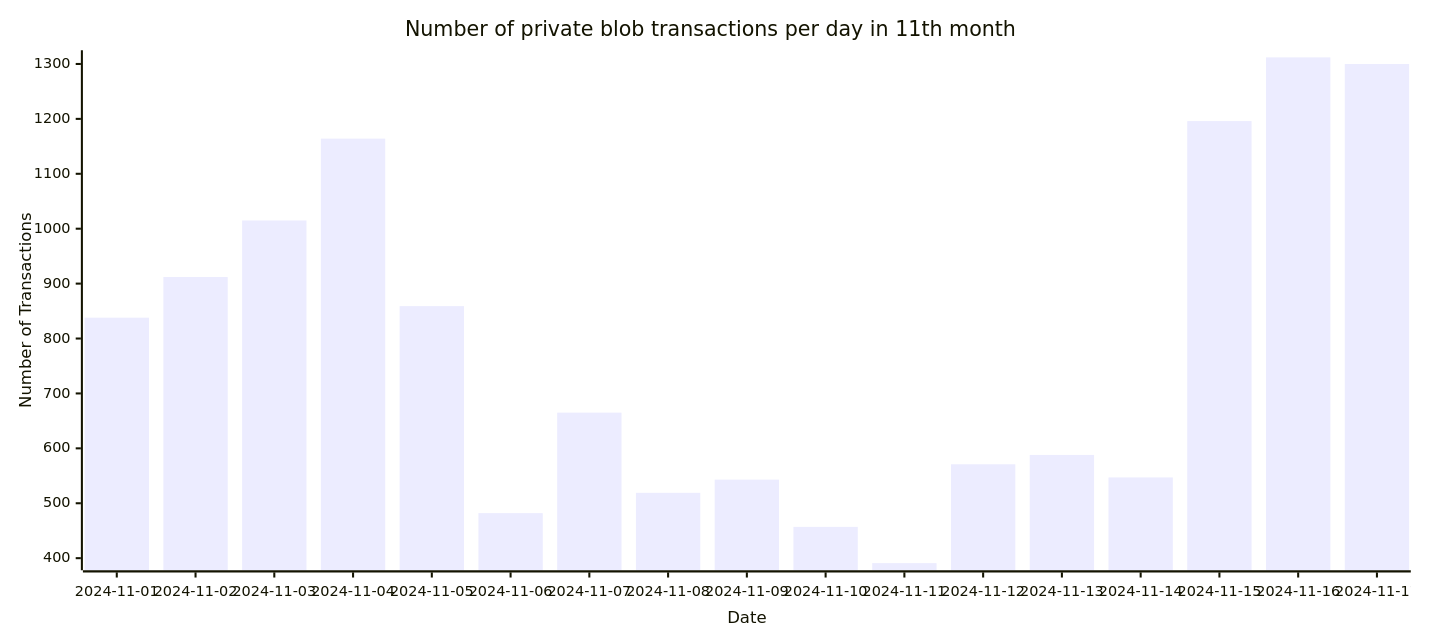
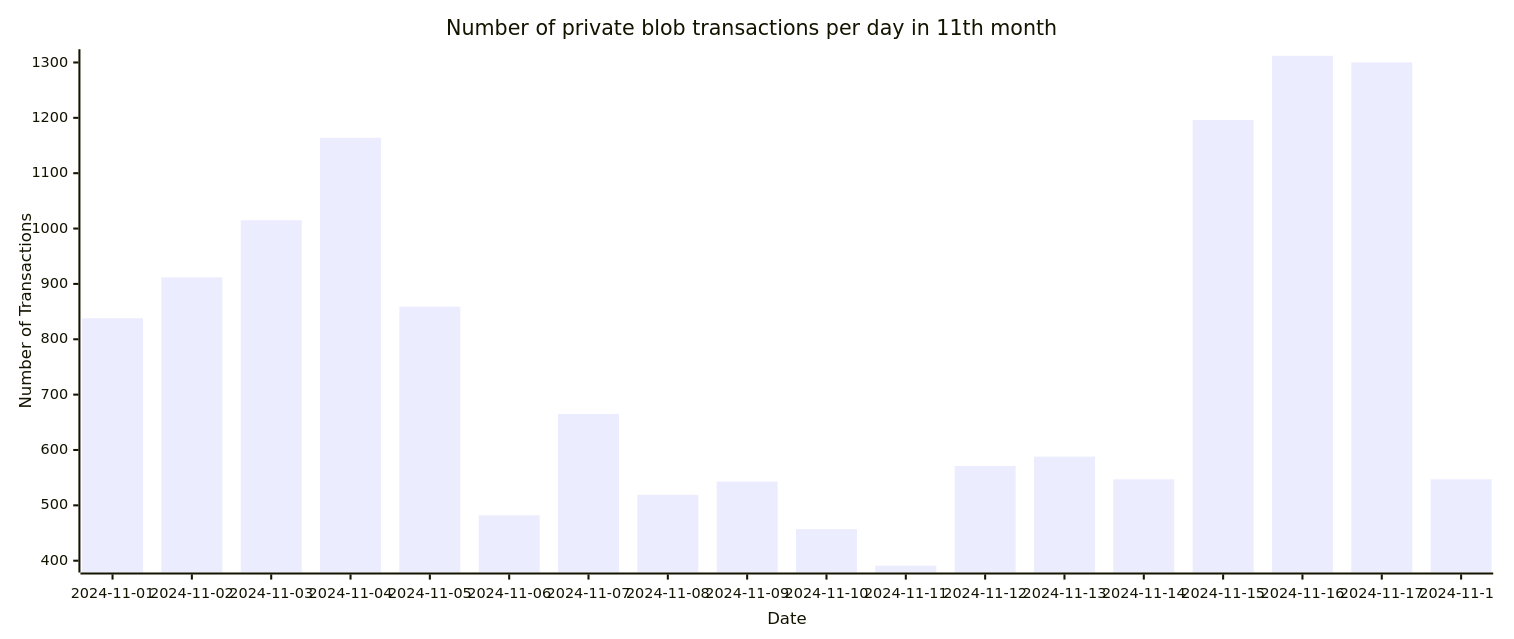
Before and after one commit to Amit0617/eip4844-data: the ninth of 9 diagrams in README.md, drawn with Mermaid. The commit also changed 1 other file, not shown here.

````diff
--- a/README.md
+++ b/README.md
@@ -105,12 +105,12 @@
 ```mermaid
 ---
 config:
     xyChart:
-        width: 1360
+        width: 1440
         height: 600
 ---
 xychart-beta title "Number of private blob transactions per day in 11th month"
-x-axis "Date" [2024-11-01,2024-11-02,2024-11-03,2024-11-04,2024-11-05,2024-11-06,2024-11-07,2024-11-08,2024-11-09,2024-11-10,2024-11-11,2024-11-12,2024-11-13,2024-11-14,2024-11-15,2024-11-16,2024-11-17]
+x-axis "Date" [2024-11-01,2024-11-02,2024-11-03,2024-11-04,2024-11-05,2024-11-06,2024-11-07,2024-11-08,2024-11-09,2024-11-10,2024-11-11,2024-11-12,2024-11-13,2024-11-14,2024-11-15,2024-11-16,2024-11-17,2024-11-18]
 y-axis "Number of Transactions"
-bar[838,912,1015,1164,859,482,665,519,543,457,391,571,588,547,1196,1312,1300]
+bar[838,912,1015,1164,859,482,665,519,543,457,391,571,588,547,1196,1312,1300,547]
 ```
````
